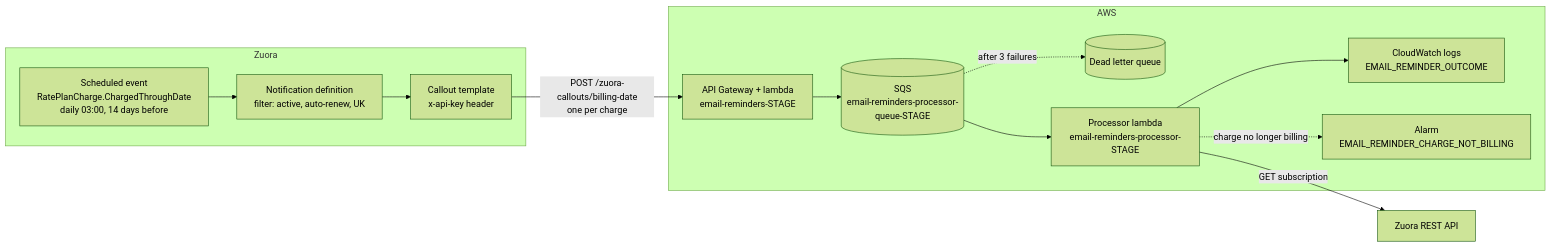
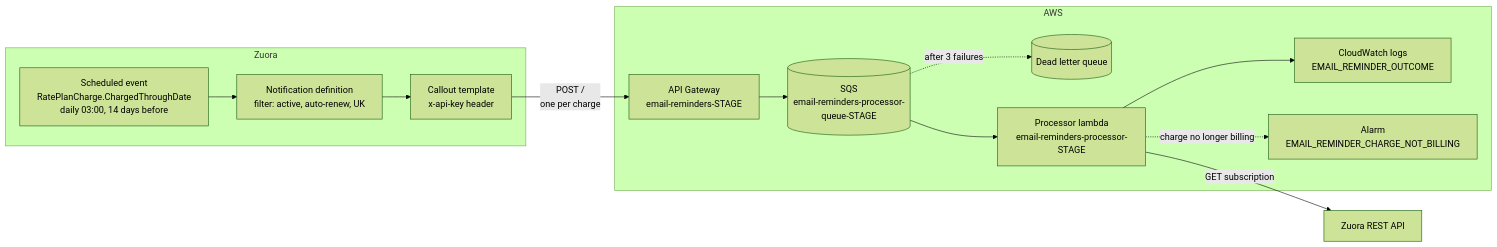
One commit to guardian/support-service-lambdas changed the diagram in handlers/email-reminders/README.md. Above: the diagram before and after it, drawn with Mermaid (forest theme). The commit also changed other lines of this file and 15 other files, not shown here.

First line of the commit message:
Use ApiGatewayToSqs for callouts and address review comments

````diff
--- a/handlers/email-reminders/README.md
+++ b/handlers/email-reminders/README.md
@@ -9,26 +9,26 @@
 ```mermaid
 flowchart LR
     subgraph Zuora
         event["Scheduled event<br/>RatePlanCharge.ChargedThroughDate<br/>daily 03:00, 14 days before"]
         definition["Notification definition<br/>filter: active, auto-renew, UK"]
         template["Callout template<br/>x-api-key header"]
         event --> definition --> template
     end
 
     subgraph AWS
-        api["API Gateway + lambda<br/>email-reminders-STAGE"]
+        api["API Gateway<br/>email-reminders-STAGE"]
         queue[("SQS<br/>email-reminders-processor-queue-STAGE")]
         dlq[("Dead letter queue")]
         processor["Processor lambda<br/>email-reminders-processor-STAGE"]
         logs["CloudWatch logs<br/>EMAIL_REMINDER_OUTCOME"]
         alarm["Alarm<br/>EMAIL_REMINDER_CHARGE_NOT_BILLING"]
     end
 
-    template -- "POST /zuora-callouts/billing-date<br/>one per charge" --> api
+    template -- "POST /<br/>one per charge" --> api
     api --> queue
     queue --> processor
     queue -. "after 3 failures" .-> dlq
     processor -- "GET subscription" --> zuoraApi["Zuora REST API"]
     processor --> logs
     processor -. "charge no longer billing" .-> alarm
 ```
````
